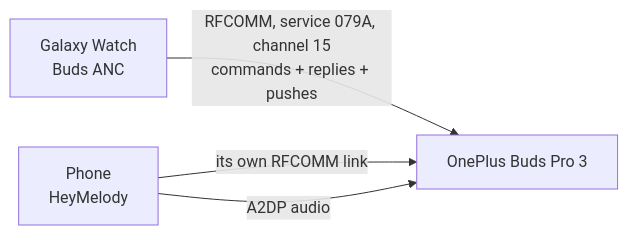
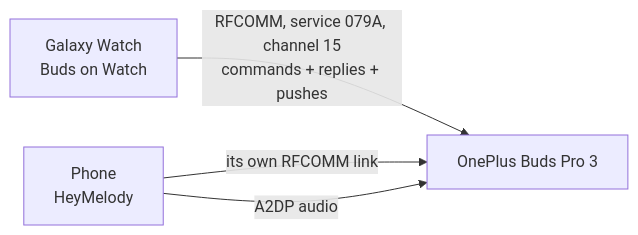
One commit to flashblaze/buds-on-watch changed the first of 2 diagrams in README.md. Above: the diagram before and after it, drawn with Mermaid. The commit also changed other lines of this file and 1 other file, not shown here.

Commit message:
App label: Buds on Watch

````diff
--- a/README.md
+++ b/README.md
@@ -44,6 +44,6 @@
 ```mermaid
 flowchart LR
-  W[Galaxy Watch<br/>Buds ANC] -- "RFCOMM, service 079A, channel 15<br/>commands + replies + pushes" --> B[OnePlus Buds Pro 3]
+  W[Galaxy Watch<br/>Buds on Watch] -- "RFCOMM, service 079A, channel 15<br/>commands + replies + pushes" --> B[OnePlus Buds Pro 3]
   P[Phone<br/>HeyMelody] -- "its own RFCOMM link" --> B
   P -- "A2DP audio" --> B
 ```
````
